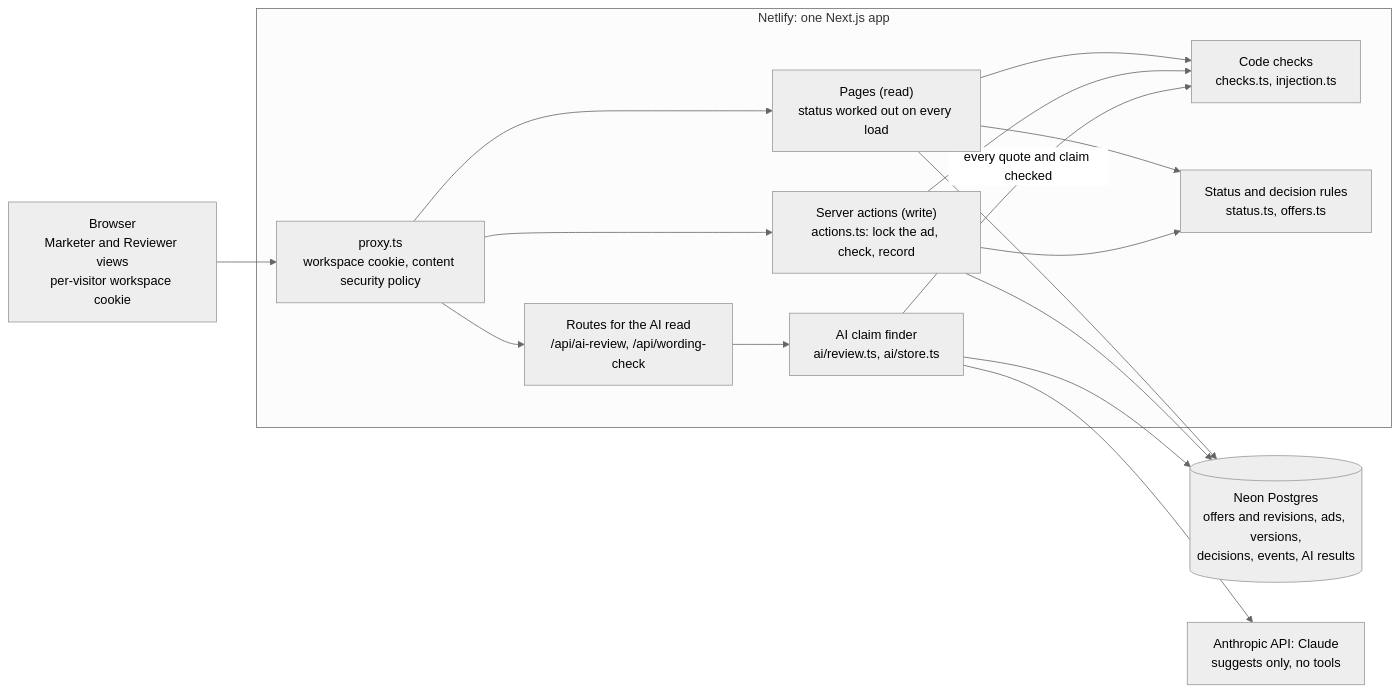
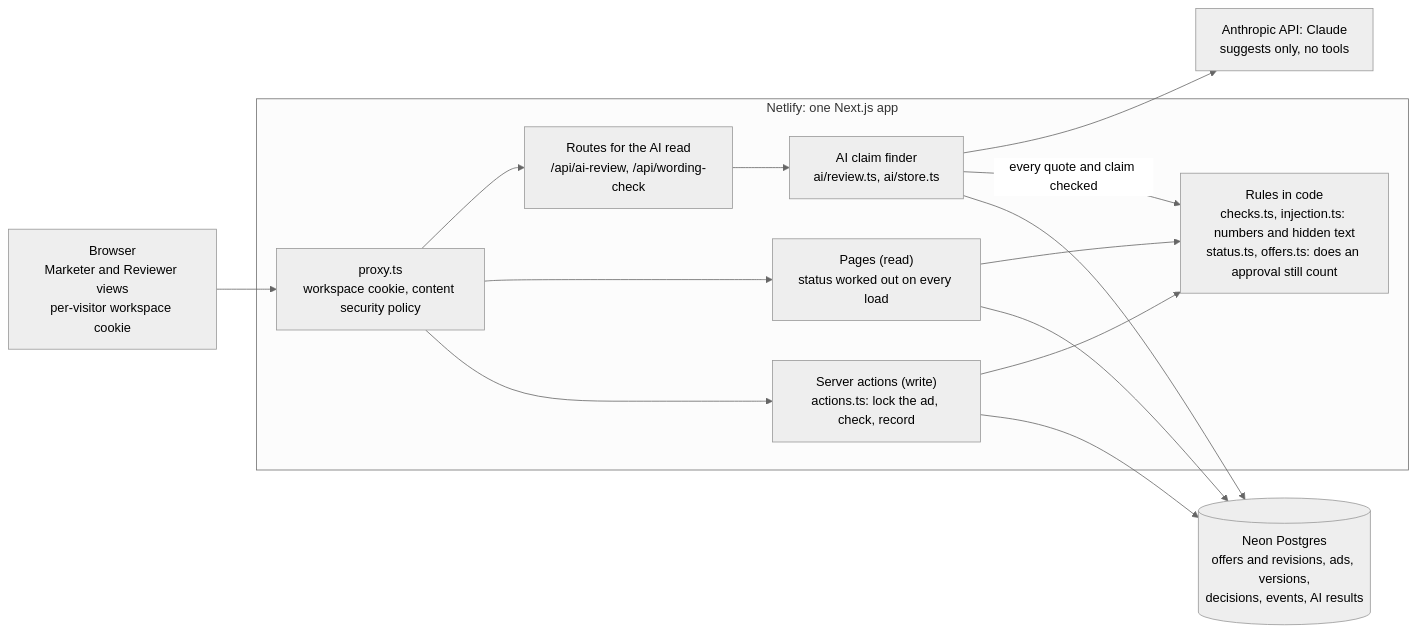
One commit to TesCoder/clearpath-review-desk changed the diagram in README.md. Above: the diagram before and after it, drawn with Mermaid (neutral theme).

Commit message:
Simplify the README's architecture diagram
Same boxes and the same arrows, drawn so the lines do not cross: the code
checks and the status rules are one "Rules in code" box, and the model sits
outside the app. Checked that the block parses and draws.

````diff
--- a/README.md
+++ b/README.md
@@ -269,29 +269,25 @@
 ```mermaid
 flowchart LR
   B["Browser<br/>Marketer and Reviewer views<br/>per-visitor workspace cookie"]
+  LLM["Anthropic API: Claude<br/>suggests only, no tools"]
   subgraph N["Netlify: one Next.js app"]
     P["proxy.ts<br/>workspace cookie, content security policy"]
+    API["Routes for the AI read<br/>/api/ai-review, /api/wording-check"]
+    AI["AI claim finder<br/>ai/review.ts, ai/store.ts"]
     PG["Pages (read)<br/>status worked out on every load"]
     SA["Server actions (write)<br/>actions.ts: lock the ad, check, record"]
-    API["Routes for the AI read<br/>/api/ai-review, /api/wording-check"]
-    CC["Code checks<br/>checks.ts, injection.ts"]
-    ST["Status and decision rules<br/>status.ts, offers.ts"]
-    AI["AI claim finder<br/>ai/review.ts, ai/store.ts"]
+    RULES["Rules in code<br/>checks.ts, injection.ts: numbers and hidden text<br/>status.ts, offers.ts: does an approval still count"]
   end
   DB[("Neon Postgres<br/>offers and revisions, ads, versions,<br/>decisions, events, AI results")]
-  LLM["Anthropic API: Claude<br/>suggests only, no tools"]
   B --> P
+  P --> API --> AI
+  AI --> LLM
   P --> PG
   P --> SA
-  P --> API
-  PG --> CC
-  PG --> ST
+  AI -- "every quote and claim checked" --> RULES
+  PG --> RULES
+  SA --> RULES
+  AI --> DB
   PG --> DB
-  SA --> ST
-  SA --> CC
   SA --> DB
-  API --> AI
-  AI --> LLM
-  AI -- "every quote and claim checked" --> CC
-  AI --> DB
 ```
````
